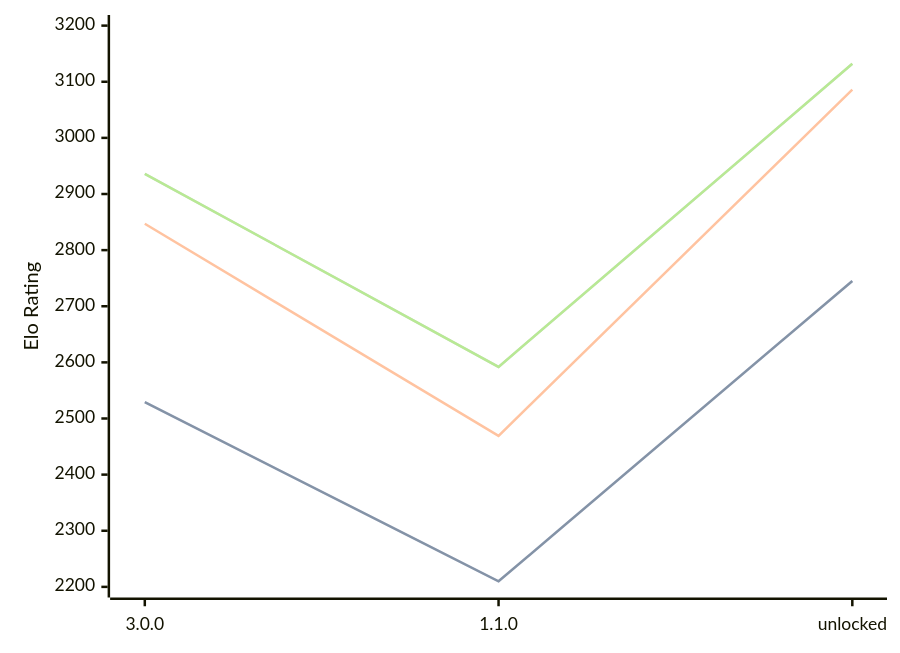
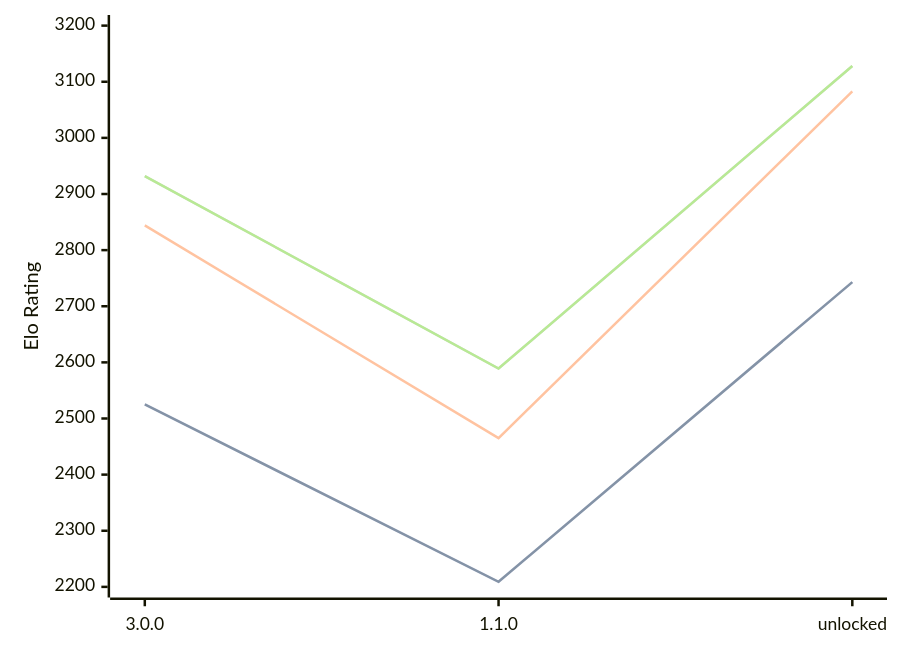
One commit to computer-chess-index/cci changed the diagram in engines/Potential.md. Above: the diagram before and after it, drawn with Mermaid. The commit also changed other lines of this file, not shown here.

Commit message:
Update CCI Ratings (ELO VLTC) - 2026-08-12

````diff
--- a/engines/Potential.md
+++ b/engines/Potential.md
@@ -33,11 +33,11 @@
 ```mermaid
 %%{init: {"theme":"base","themeVariables":{"seriesColors:['#a3a3a3','#222221','#faa371']}}}%%
 xychart-beta
   x-axis ["3.0.0", "1.1.0", "unlocked"]
   y-axis "Elo Rating" 2200 --> 3200
-  line "STC (8.0+0.08s)" [2529, 2210, 2745]
-  line "STC (8.0+0.08s)" [2529, 2210, 2745]
-  line "LTC (60.0+0.60s)" [2847, 2469, 3086]
-  line "VLTC (2m24s+1.12s)" [2936, 2592, 3132]
-  line "VLTC (2m24s+1.12s)" [2936, 2592, 3132]
+  line "STC (8.0+0.08s)" [2525, 2209, 2743]
+  line "STC (8.0+0.08s)" [2525, 2209, 2743]
+  line "LTC (60.0+0.60s)" [2844, 2465, 3083]
+  line "VLTC (2m24s+1.12s)" [2932, 2589, 3128]
+  line "VLTC (2m24s+1.12s)" [2932, 2589, 3128]
 ```
````
